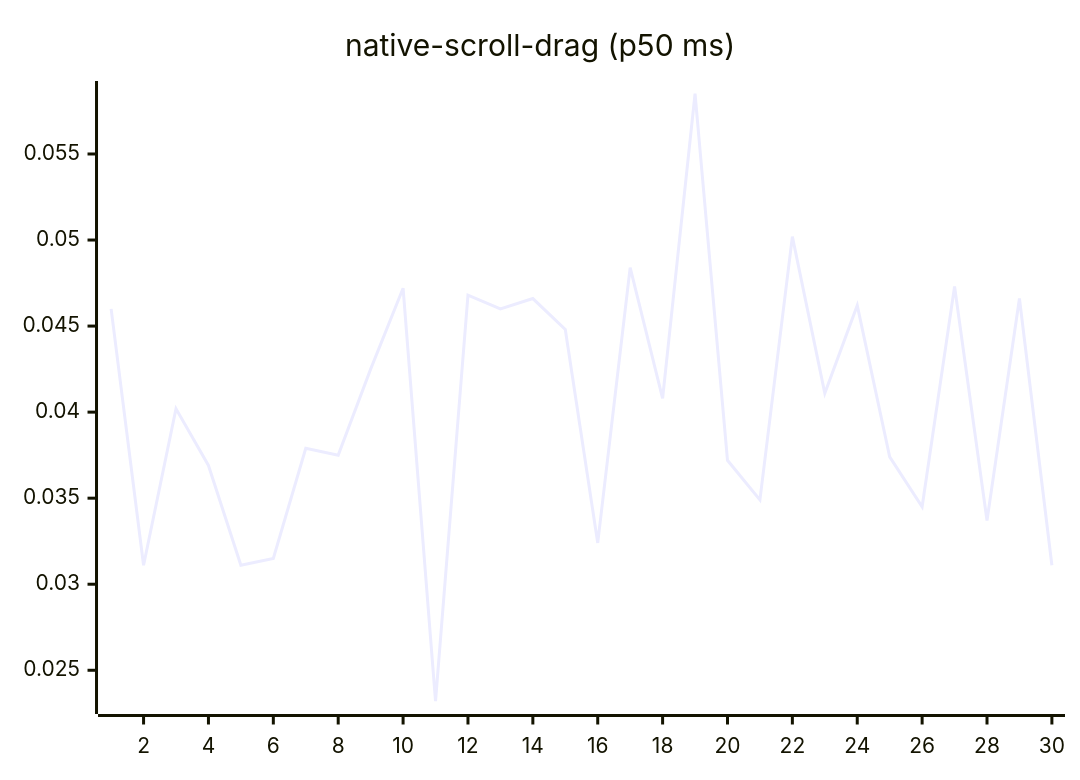
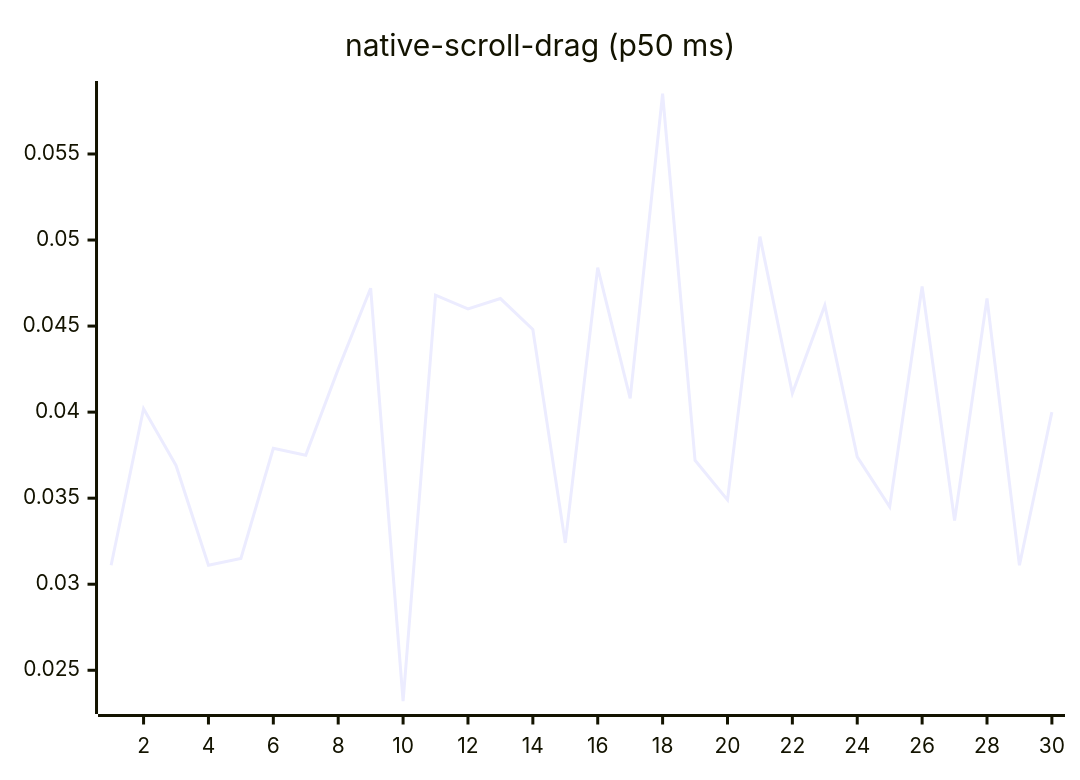
Before and after one commit to josha/Facet: diagram 14 of 27 in README.md, drawn with Mermaid. The commit also changed other lines of this file and 2 other files, not shown here.

````diff
--- a/README.md
+++ b/README.md
@@ -154,6 +154,6 @@
 ```mermaid
 xychart-beta
     title "native-scroll-drag (p50 ms)"
     x-axis 1 --> 30
-    line [0.0460, 0.0311, 0.0402, 0.0369, 0.0311, 0.0315, 0.0379, 0.0375, 0.0425, 0.0472, 0.0232, 0.0468, 0.0460, 0.0466, 0.0448, 0.0324, 0.0484, 0.0408, 0.0585, 0.0372, 0.0349, 0.0502, 0.0411, 0.0462, 0.0374, 0.0345, 0.0473, 0.0337, 0.0466, 0.0311]
+    line [0.0311, 0.0402, 0.0369, 0.0311, 0.0315, 0.0379, 0.0375, 0.0425, 0.0472, 0.0232, 0.0468, 0.0460, 0.0466, 0.0448, 0.0324, 0.0484, 0.0408, 0.0585, 0.0372, 0.0349, 0.0502, 0.0411, 0.0462, 0.0374, 0.0345, 0.0473, 0.0337, 0.0466, 0.0311, 0.0400]
 ```
````
